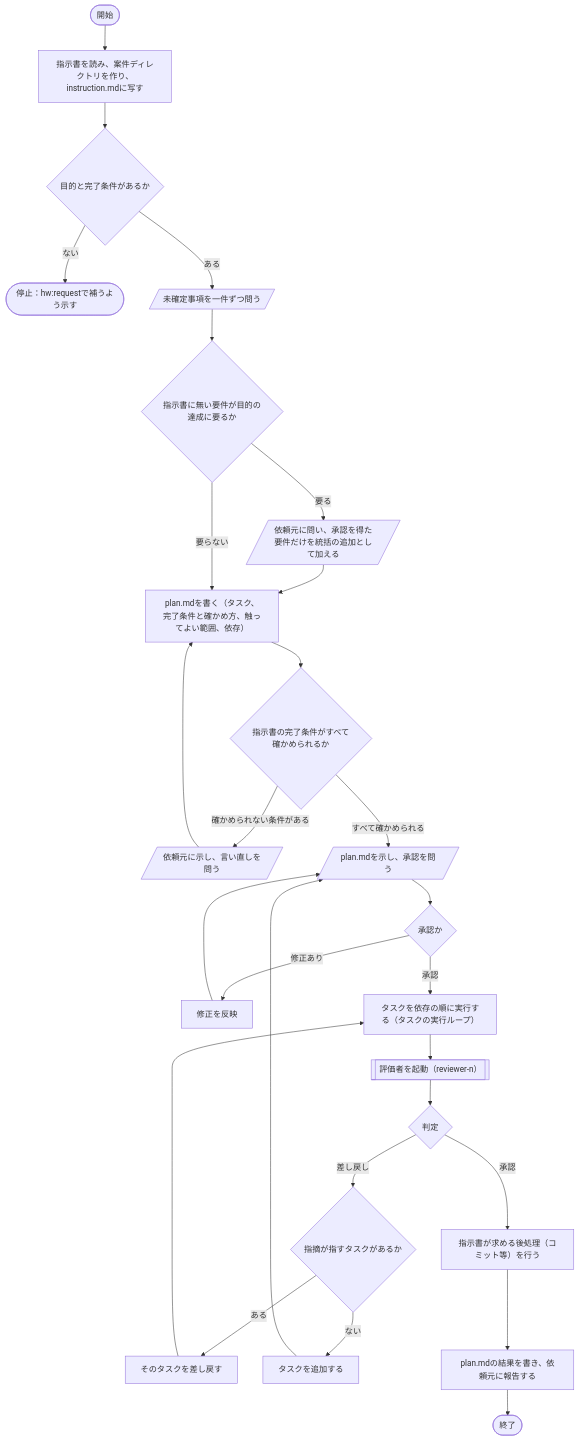
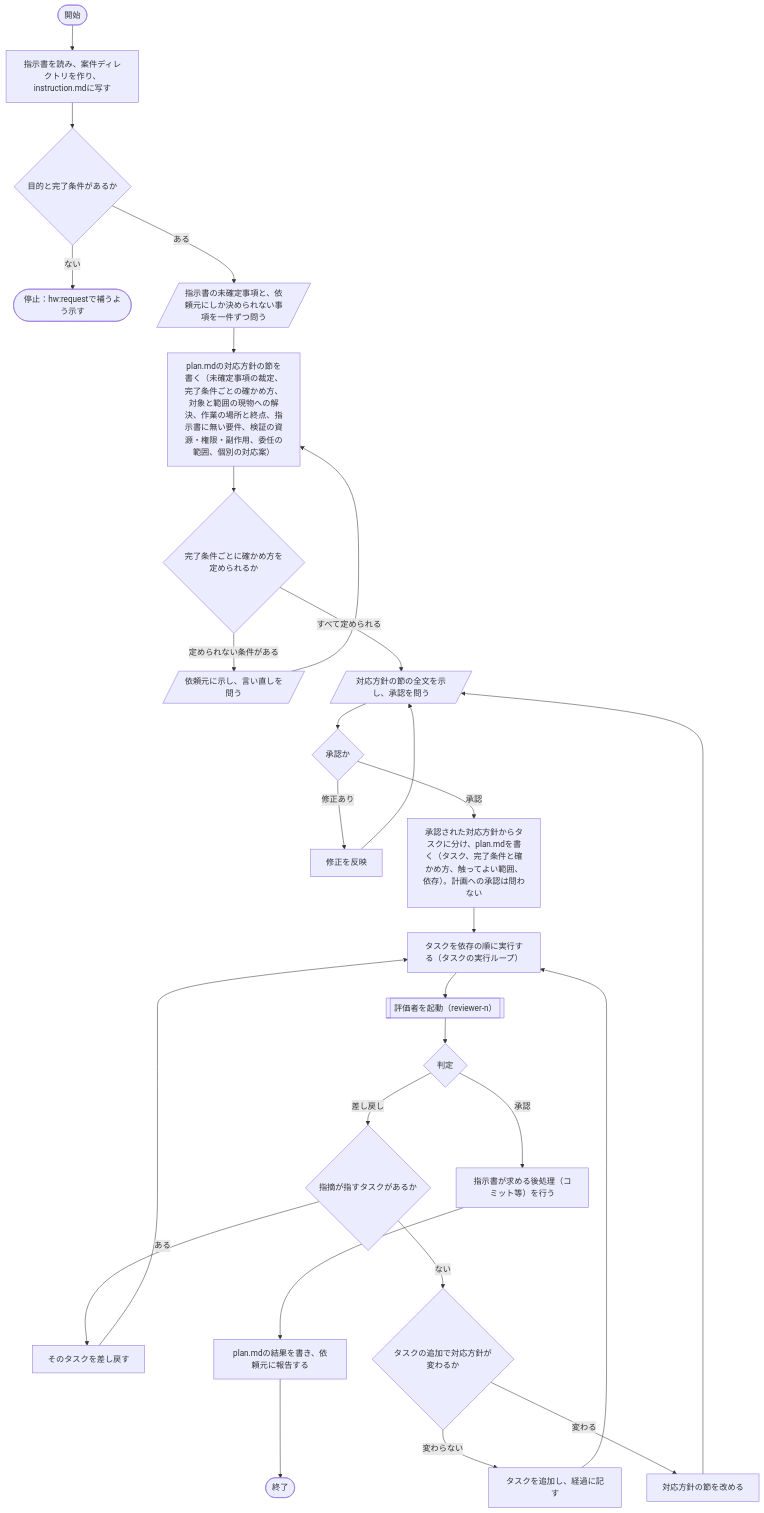
One commit to bizhermit/hermit-works changed the first of 2 diagrams in docs/design/skills/execute.md. Above: the diagram before and after it, drawn with Mermaid. The commit also changed other lines of this file and 5 other files, not shown here.

````diff
--- a/docs/design/skills/execute.md
+++ b/docs/design/skills/execute.md
@@ -17,29 +18,30 @@
 ```mermaid
 flowchart TD
     S([開始]) --> A1["指示書を読み、案件ディレクトリを作り、instruction.mdに写す"]
     A1 --> A2{"目的と完了条件があるか"}
     A2 -- ない --> X1(["停止：hw:requestで補うよう示す"])
-    A2 -- ある --> B1[/"未確定事項を一件ずつ問う"/]
-    B1 --> C0{"指示書に無い要件が目的の達成に要るか"}
-    C0 -- 要る --> C0a[/"依頼元に問い、承認を得た要件だけを統括の追加として加える"/]
-    C0a --> C1["plan.mdを書く（タスク、完了条件と確かめ方、触ってよい範囲、依存）"]
-    C0 -- 要らない --> C1
-    C1 --> C2{"指示書の完了条件がすべて確かめられるか"}
-    C2 -- 確かめられない条件がある --> C3[/"依頼元に示し、言い直しを問う"/]
-    C3 --> C1
-    C2 -- すべて確かめられる --> D1[/"plan.mdを示し、承認を問う"/]
+    A2 -- ある --> B1[/"指示書の未確定事項と、依頼元にしか決められない事項を一件ずつ問う"/]
+    B1 --> P1["plan.mdの対応方針の節を書く（未確定事項の裁定、完了条件ごとの確かめ方、対象と範囲の現物への解決、作業の場所と終点、指示書に無い要件、検証の資源・権限・副作用、委任の範囲、個別の対応案）"]
+    P1 --> P2{"完了条件ごとに確かめ方を定められるか"}
+    P2 -- 定められない条件がある --> P3[/"依頼元に示し、言い直しを問う"/]
+    P3 --> P1
+    P2 -- すべて定められる --> D1[/"対応方針の節の全文を示し、承認を問う"/]
     D1 --> D2{"承認か"}
     D2 -- 修正あり --> D3["修正を反映"]
     D3 --> D1
-    D2 -- 承認 --> E1["タスクを依存の順に実行する（タスクの実行ループ）"]
+    D2 -- 承認 --> C1["承認された対応方針からタスクに分け、plan.mdを書く（タスク、完了条件と確かめ方、触ってよい範囲、依存）。計画への承認は問わない"]
+    C1 --> E1["タスクを依存の順に実行する（タスクの実行ループ）"]
     E1 --> F1[["評価者を起動（reviewer-n）"]]
     F1 --> F2{"判定"}
     F2 -- 差し戻し --> F3{"指摘が指すタスクがあるか"}
     F3 -- ある --> F4["そのタスクを差し戻す"]
     F4 --> E1
-    F3 -- ない --> F5["タスクを追加する"]
-    F5 --> D1
+    F3 -- ない --> F5{"タスクの追加で対応方針が変わるか"}
+    F5 -- 変わる --> F6["対応方針の節を改める"]
+    F6 --> D1
+    F5 -- 変わらない --> F7["タスクを追加し、経過に記す"]
+    F7 --> E1
     F2 -- 承認 --> G1["指示書が求める後処理（コミット等）を行う"]
     G1 --> G2["plan.mdの結果を書き、依頼元に報告する"]
     G2 --> T([終了])
 ```
````
